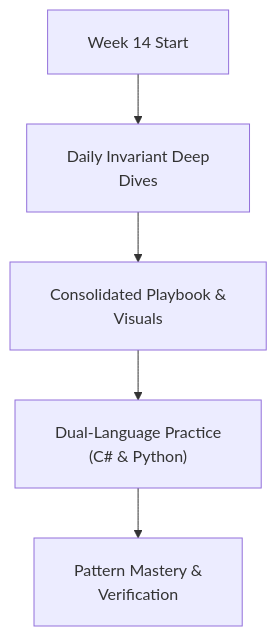
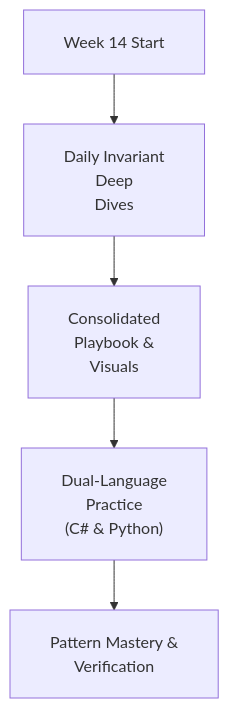
Before and after one commit to dip4k/DSA_102: the diagram in week_14_matrix_backtracking_bits/README.md, drawn with Mermaid. The commit also changed 106 other files, not shown here.

First line of the commit message:
fix(mermaid): prevent text clipping with foreignObject overflow and tighter line wrapping

````diff
--- a/week_14_matrix_backtracking_bits/README.md
+++ b/week_14_matrix_backtracking_bits/README.md
@@ -16,8 +16,8 @@
 ```mermaid
-%%{init: {"flowchart": {"htmlLabels": true, "padding": 20}}}%%
+%%{init: {"flowchart": {"htmlLabels": true, "padding": 20}, "themeCSS": "foreignObject { overflow: visible !important; }"}}%%
 flowchart TD
-    Start["Week 14 Start"] --> Daily["Daily Invariant Deep<br/>Dives"]
-    Daily --> Playbook["Consolidated Playbook &<br/>Visuals"]
-    Playbook --> DualLang["Dual-Language Practice<br/>(C# & Python)"]
+    Start["Week 14 Start"] --> Daily["Daily Invariant<br/>Deep<br/>Dives"]
+    Daily --> Playbook["Consolidated<br/>Playbook &<br/>Visuals"]
+    Playbook --> DualLang["Dual-Language<br/>Practice<br/>(C# & Python)"]
     DualLang --> Mastery["Pattern Mastery &<br/>Verification"]
 ```
````
